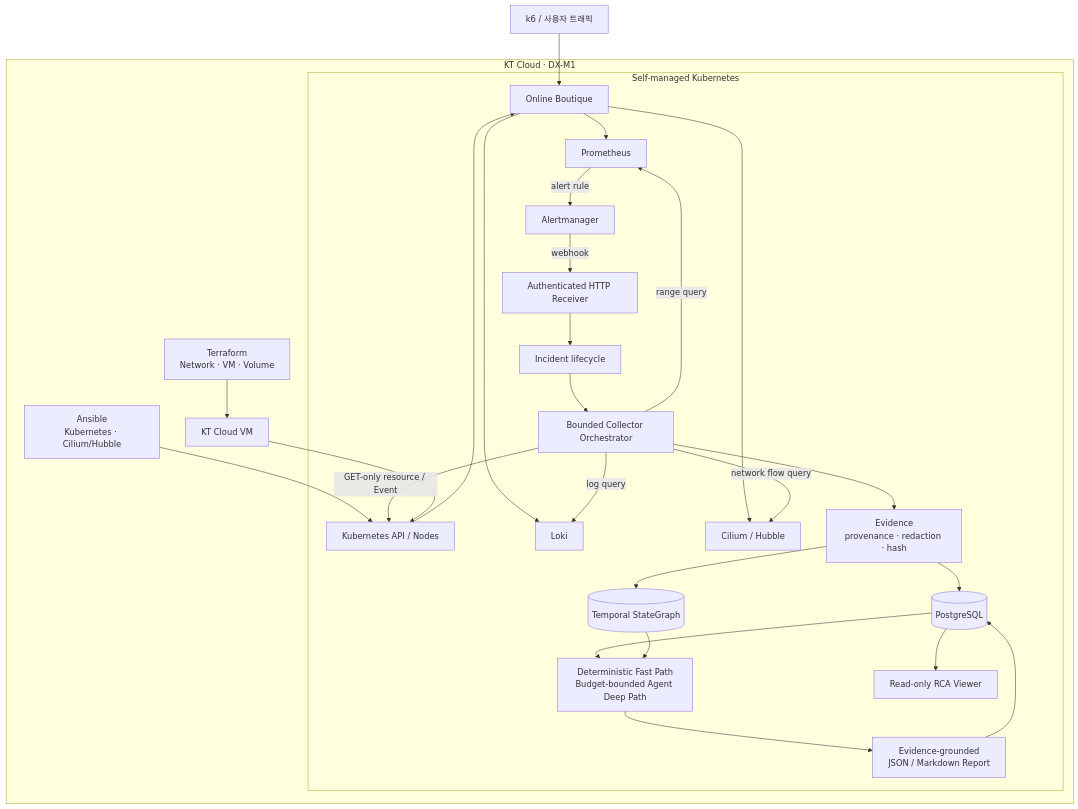
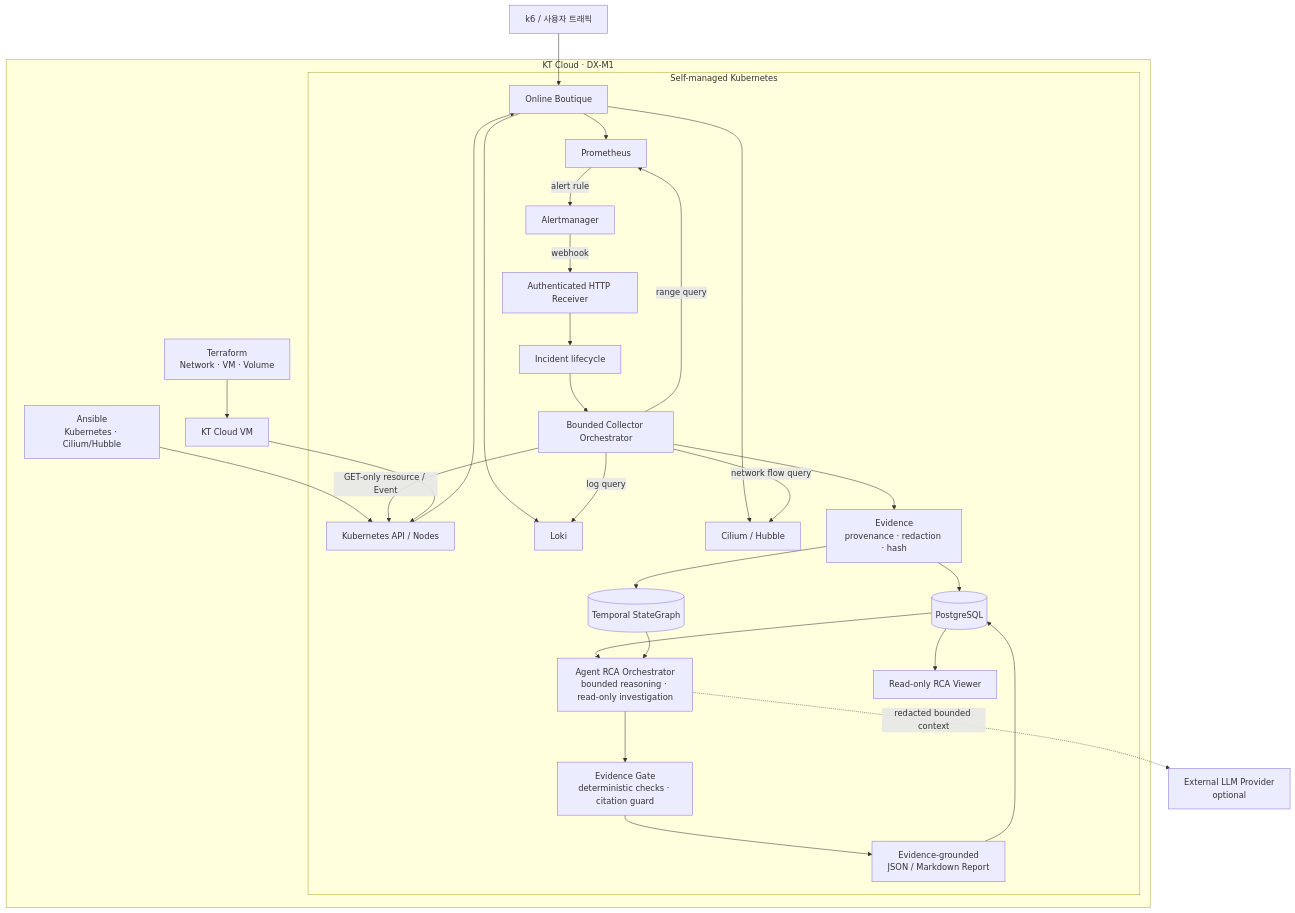
The diagram in README.md (kyunghoon02/agent-RCA), drawn with Mermaid before and after one commit. The commit also changed other lines of this file and 9 other files, not shown here.

Commit message:
refactor: align project identity with Agent RCA

````diff
--- a/README.md
+++ b/README.md
@@ -39,38 +42,41 @@
 ```mermaid
 flowchart TB
     USER["k6 / 사용자 트래픽"] --> APP
 
     subgraph KT["KT Cloud · DX-M1"]
         TF["Terraform<br/>Network · VM · Volume"] --> VM["KT Cloud VM"]
         AN["Ansible<br/>Kubernetes · Cilium/Hubble"] --> KAPI
 
         subgraph K8S["Self-managed Kubernetes"]
             KAPI["Kubernetes API / Nodes"] --> APP["Online Boutique"]
 
             APP --> P["Prometheus"]
             APP --> L["Loki"]
             APP --> H["Cilium / Hubble"]
             P -->|"alert rule"| AM["Alertmanager"]
 
             AM -->|"webhook"| RX["Authenticated HTTP Receiver"]
             RX --> INC["Incident lifecycle"]
             INC --> COL["Bounded Collector Orchestrator"]
 
             COL -->|"range query"| P
             COL -->|"log query"| L
             COL -->|"network flow query"| H
             COL -->|"GET-only resource / Event"| KAPI
             COL --> EV["Evidence<br/>provenance · redaction · hash"]
 
             EV --> PG[("PostgreSQL")]
             EV --> SG[("Temporal StateGraph")]
-            PG --> RCA["Deterministic Fast Path<br/>Budget-bounded Agent Deep Path"]
+            PG --> RCA["Agent RCA Orchestrator<br/>bounded reasoning · read-only investigation"]
             SG --> RCA
-            RCA --> REPORT["Evidence-grounded<br/>JSON / Markdown Report"]
+            RCA --> GATE["Evidence Gate<br/>deterministic checks · citation guard"]
+            GATE --> REPORT["Evidence-grounded<br/>JSON / Markdown Report"]
             REPORT --> PG
             PG --> VIEW["Read-only RCA Viewer"]
         end
 
         VM --> KAPI
     end
+
+    RCA -.->|"redacted bounded context"| LLM["External LLM Provider<br/>optional"]
 ```
````
